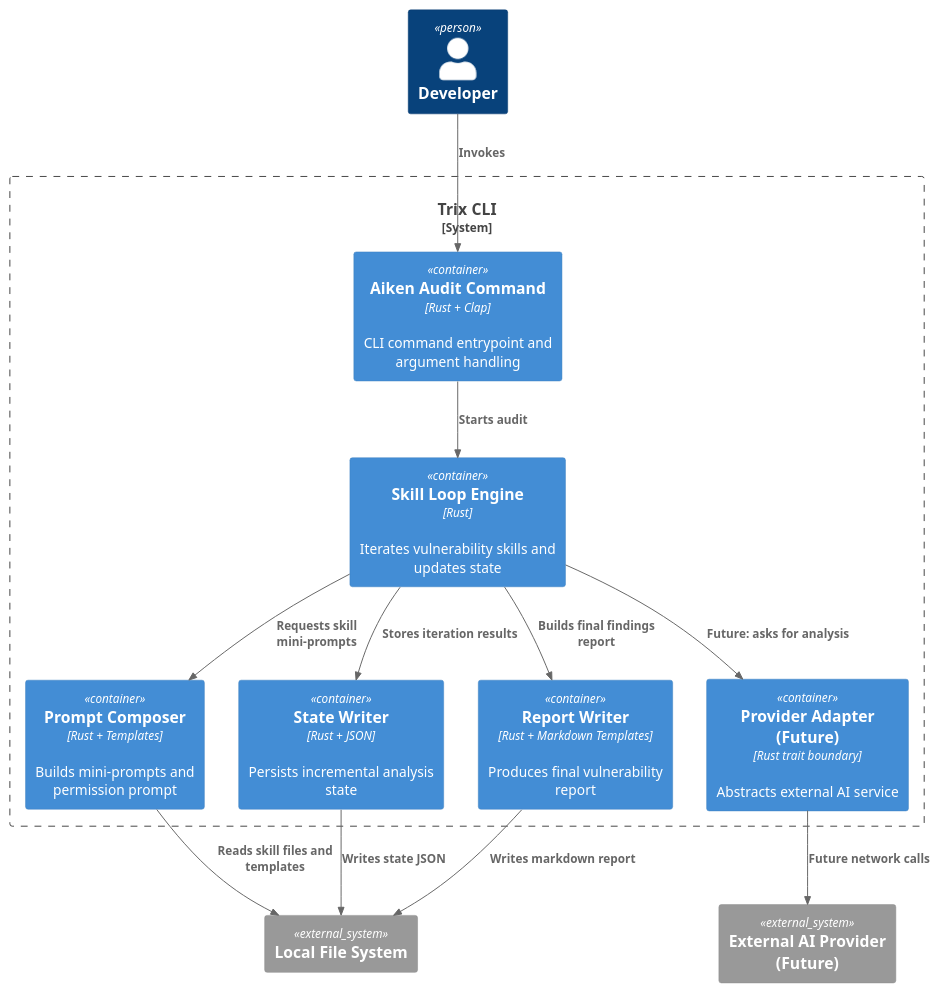
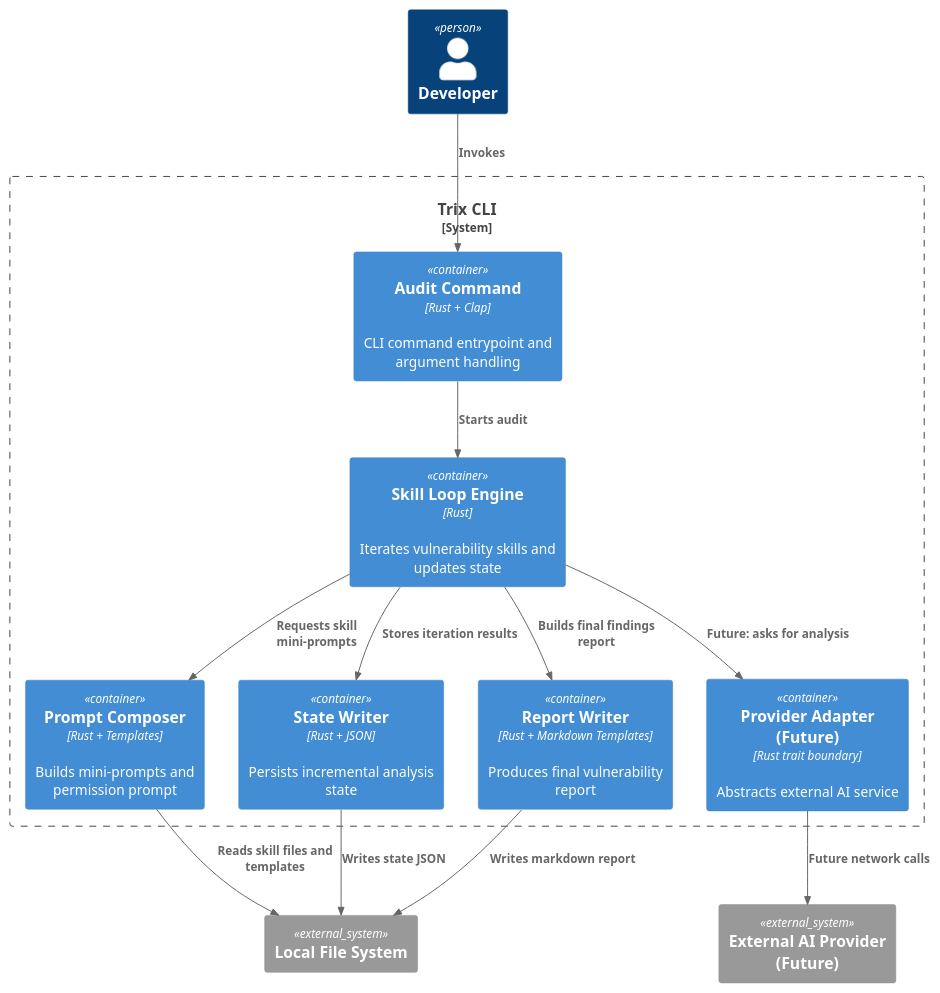
One commit to tx3-lang/trix changed the diagram in design/003-assets/c4-container.puml. Above: the diagram before and after it, drawn with PlantUML. The commit also changed 14 other files, not shown here.

Commit message:
feat: rename Aiken command to Audit and update related documentation and tests

```diff
--- a/design/003-assets/c4-container.puml
+++ b/design/003-assets/c4-container.puml
@@ -1,28 +1,28 @@
 @startuml C4_Container_AikenVuln
 !include https://raw.githubusercontent.com/plantuml-stdlib/C4-PlantUML/master/C4_Container.puml
 
 Person(dev, "Developer")
 System_Boundary(trix, "Trix CLI") {
-  Container(cli, "Aiken Audit Command", "Rust + Clap", "CLI command entrypoint and argument handling")
+  Container(cli, "Audit Command", "Rust + Clap", "CLI command entrypoint and argument handling")
   Container(loop, "Skill Loop Engine", "Rust", "Iterates vulnerability skills and updates state")
   Container(prompt, "Prompt Composer", "Rust + Templates", "Builds mini-prompts and permission prompt")
   Container(state, "State Writer", "Rust + JSON", "Persists incremental analysis state")
   Container(report, "Report Writer", "Rust + Markdown Templates", "Produces final vulnerability report")
   Container(provider, "Provider Adapter (Future)", "Rust trait boundary", "Abstracts external AI service")
 }
 
 System_Ext(fs, "Local File System")
 System_Ext(ai, "External AI Provider (Future)")
 
 Rel(dev, cli, "Invokes")
 Rel(cli, loop, "Starts audit")
 Rel(loop, prompt, "Requests skill mini-prompts")
 Rel(loop, state, "Stores iteration results")
 Rel(loop, report, "Builds final findings report")
 Rel(loop, provider, "Future: asks for analysis")
 Rel(state, fs, "Writes state JSON")
 Rel(report, fs, "Writes markdown report")
 Rel(prompt, fs, "Reads skill files and templates")
 Rel(provider, ai, "Future network calls")
 
 @enduml
```
